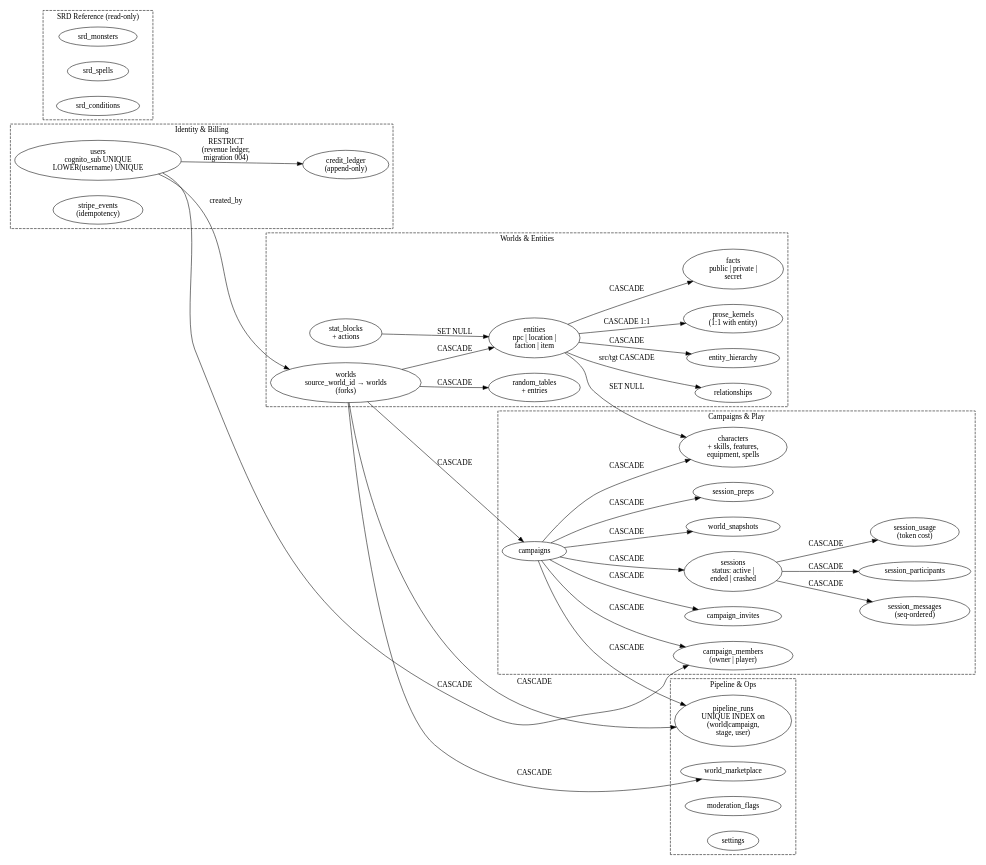
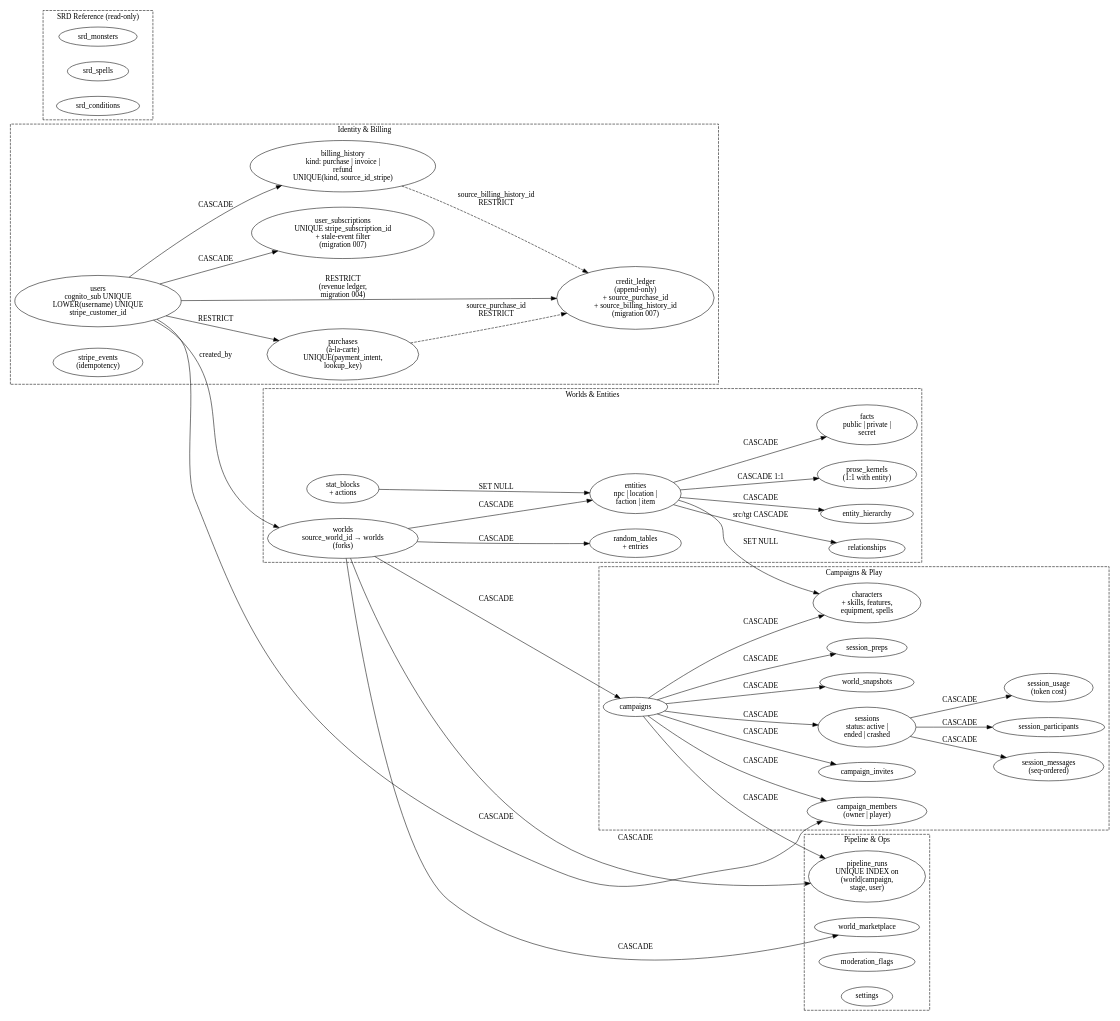
The diagram in docs/wiki/diagrams/data/schema.dot (mythrun/mythrun), drawn with Graphviz before and after one commit. The commit also changed 28 other files, not shown here.

```diff
--- a/docs/wiki/diagrams/data/schema.dot
+++ b/docs/wiki/diagrams/data/schema.dot
@@ -1,110 +1,118 @@
 digraph schema {
   // High-level entity-relationship view of the initial schema. Boxes are
   // table clusters grouped by responsibility; edges are FK relationships.
   // Per-column detail belongs in the appendix and the migration files,
   // not on the diagram.
   rankdir=LR;
   compound=true;
   nodesep=0.4;
   ranksep=0.7;
 
   subgraph cluster_identity {
     label="Identity & Billing";
     style="dashed";
     color="ember";
     fontcolor="ember";
 
-    users   [label="users\ncognito_sub UNIQUE\nLOWER(username) UNIQUE"];
-    ledger  [label="credit_ledger\n(append-only)"];
+    users   [label="users\ncognito_sub UNIQUE\nLOWER(username) UNIQUE\nstripe_customer_id"];
+    ledger  [label="credit_ledger\n(append-only)\n+ source_purchase_id\n+ source_billing_history_id\n(migration 007)"];
     stripe  [label="stripe_events\n(idempotency)"];
+    purchs  [label="purchases\n(à-la-carte)\nUNIQUE(payment_intent,\nlookup_key)"];
+    subs    [label="user_subscriptions\nUNIQUE stripe_subscription_id\n+ stale-event filter\n(migration 007)"];
+    bhist   [label="billing_history\nkind: purchase | invoice |\nrefund\nUNIQUE(kind, source_id_stripe)"];
   }
 
   subgraph cluster_world {
     label="Worlds & Entities";
     style="dashed";
     color="ember";
     fontcolor="ember";
 
     worlds   [label="worlds\nsource_world_id → worlds\n(forks)"];
     entities [label="entities\nnpc | location |\nfaction | item"];
     kernels  [label="prose_kernels\n(1:1 with entity)"];
     facts    [label="facts\npublic | private |\nsecret"];
     rels     [label="relationships"];
     hier     [label="entity_hierarchy"];
     rtables  [label="random_tables\n+ entries"];
     statbk   [label="stat_blocks\n+ actions"];
   }
 
   subgraph cluster_campaign {
     label="Campaigns & Play";
     style="dashed";
     color="ember";
     fontcolor="ember";
 
     camps     [label="campaigns"];
     members   [label="campaign_members\n(owner | player)"];
     invites   [label="campaign_invites"];
     chars     [label="characters\n+ skills, features,\nequipment, spells"];
     sessions  [label="sessions\nstatus: active |\nended | crashed"];
     msgs      [label="session_messages\n(seq-ordered)"];
     parts     [label="session_participants"];
     snaps     [label="world_snapshots"];
     preps     [label="session_preps"];
     usage     [label="session_usage\n(token cost)"];
   }
 
   subgraph cluster_ops {
     label="Pipeline & Ops";
     style="dashed";
     color="ember";
     fontcolor="ember";
 
     runs    [label="pipeline_runs\nUNIQUE INDEX on\n(world|campaign,\nstage, user)"];
     market  [label="world_marketplace"];
     flags   [label="moderation_flags"];
     sets    [label="settings"];
   }
 
   subgraph cluster_srd {
     label="SRD Reference (read-only)";
     style="dashed";
     color="ember";
     fontcolor="ember";
 
     monsters [label="srd_monsters"];
     spells   [label="srd_spells"];
     conds    [label="srd_conditions"];
   }
 
   // Identity edges
-  users -> ledger    [label="RESTRICT\n(revenue ledger,\nmigration 004)"];
+  users  -> ledger   [label="RESTRICT\n(revenue ledger,\nmigration 004)"];
+  users  -> purchs   [label="RESTRICT"];
+  users  -> subs     [label="CASCADE"];
+  users  -> bhist    [label="CASCADE"];
+  purchs -> ledger   [label="source_purchase_id\nRESTRICT", style=dashed];
+  bhist  -> ledger   [label="source_billing_history_id\nRESTRICT", style=dashed];
 
   // Worlds edges
   users    -> worlds   [label="created_by"];
   worlds   -> entities [label="CASCADE"];
   entities -> kernels  [label="CASCADE 1:1"];
   entities -> facts    [label="CASCADE"];
   entities -> rels     [label="src/tgt CASCADE"];
   entities -> hier     [label="CASCADE"];
   worlds   -> rtables  [label="CASCADE"];
   statbk   -> entities [label="SET NULL"];
 
   // Campaign edges
   worlds  -> camps    [label="CASCADE"];
   camps   -> members  [label="CASCADE"];
   users   -> members  [label="CASCADE"];
   camps   -> invites  [label="CASCADE"];
   camps   -> chars    [label="CASCADE"];
   entities -> chars   [label="SET NULL"];
   camps   -> sessions [label="CASCADE"];
   sessions -> msgs    [label="CASCADE"];
   sessions -> parts   [label="CASCADE"];
   camps   -> snaps    [label="CASCADE"];
   camps   -> preps    [label="CASCADE"];
   sessions -> usage   [label="CASCADE"];
 
   // Ops edges
   worlds -> runs    [label="CASCADE"];
   camps  -> runs    [label="CASCADE"];
   worlds -> market  [label="CASCADE"];
 }
```
